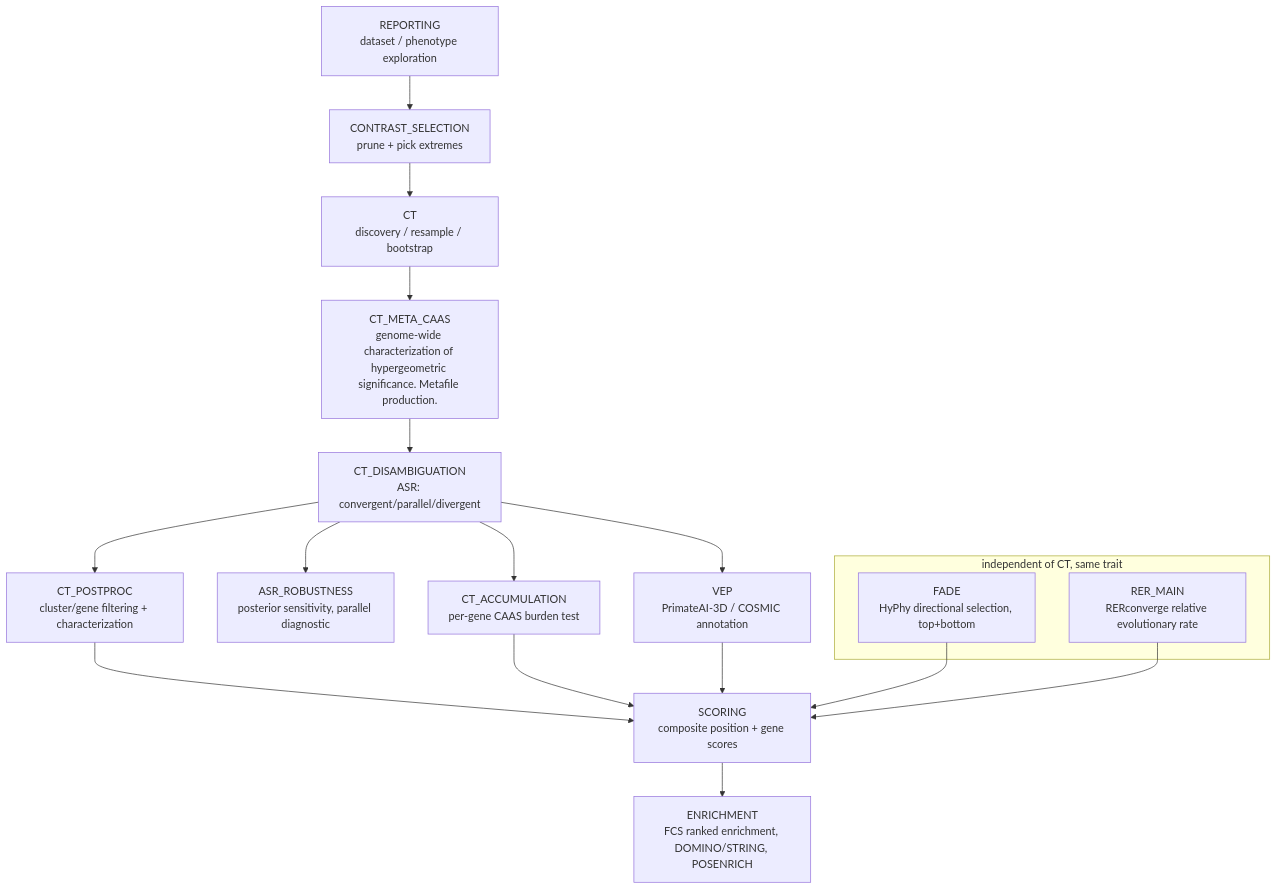
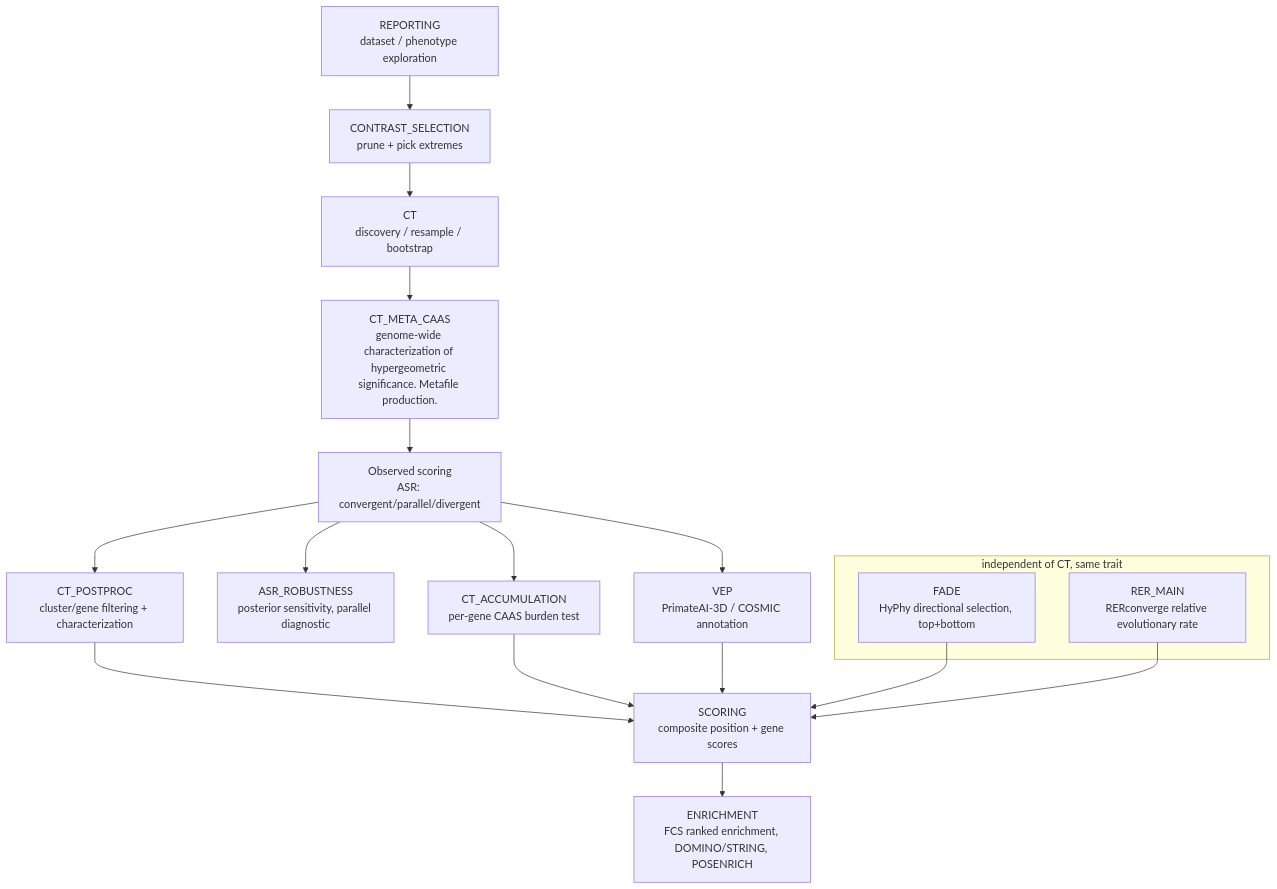
One commit to nozerorma/PhyloPhere changed the diagram in README.md. Above: the diagram before and after it, drawn with Mermaid. The commit also changed other lines of this file and 47 other files, not shown here.

````diff
--- a/README.md
+++ b/README.md
@@ -87,21 +87,21 @@
 ```mermaid
 flowchart TD
     A[REPORTING\ndataset / phenotype exploration] --> B[CONTRAST_SELECTION\nprune + pick extremes]
     B --> C[CT\ndiscovery / resample / bootstrap]
     C --> D[CT_META_CAAS\ngenome-wide characterization of hypergeometric significance. Metafile production.]
-    D --> E[CT_DISAMBIGUATION\nASR: convergent/parallel/divergent]
+    D --> E[Observed scoring\nASR: convergent/parallel/divergent]
     E --> E2[ASR_ROBUSTNESS\nposterior sensitivity, parallel diagnostic]
     E --> F[CT_POSTPROC\ncluster/gene filtering + characterization]
     E --> G[CT_ACCUMULATION\nper-gene CAAS burden test]
     E --> H[VEP\nPrimateAI-3D / COSMIC annotation]
     subgraph independent[independent of CT, same trait]
       I[FADE\nHyPhy directional selection, top+bottom]
       J[RER_MAIN\nRERconverge relative evolutionary rate]
     end
     F --> K[SCORING\ncomposite position + gene scores]
     G --> K
     H --> K
     I --> K
     J --> K
     K --> L[ENRICHMENT\nFCS ranked enrichment, DOMINO/STRING, POSENRICH]
 ```
````
